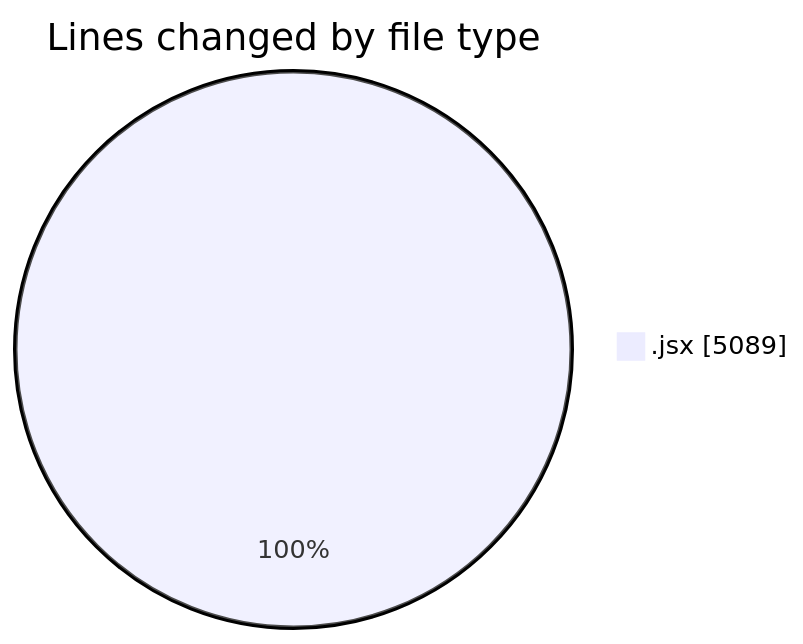
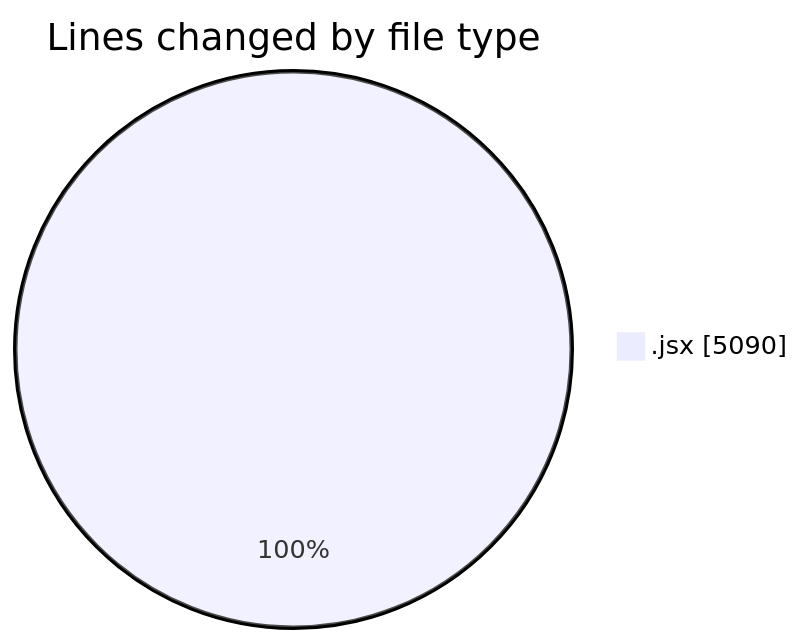
The first of 2 diagrams in 2025-07-08/argos/README.md (nxtqubesakshisongat/code-tracking), drawn with Mermaid before and after one commit. The commit also changed other lines of this file and 1 other file, not shown here.

````diff
--- a/2025-07-08/argos/README.md
+++ b/2025-07-08/argos/README.md
@@ -26,5 +26,5 @@
 ```mermaid
 pie showData
 title Lines changed by file type
-".jsx" : 5089
+".jsx" : 5090
 ```
````
